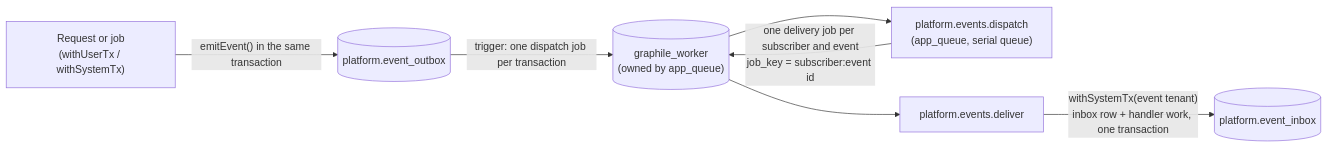
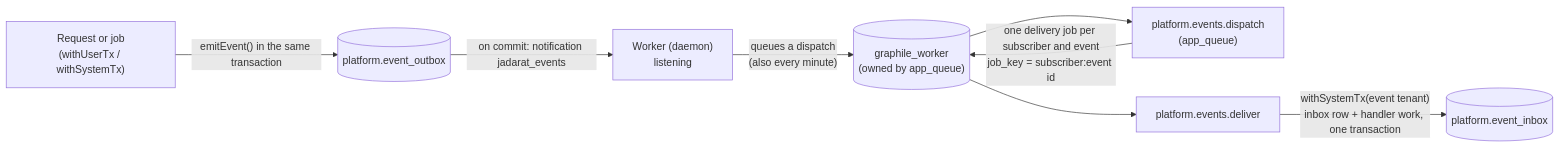
One commit to mohima90/entlaqa-tms changed the diagram in docs/engineering/background-jobs.md. Above: the diagram before and after it, drawn with Mermaid. The commit also changed other lines of this file and 30 other files, not shown here.

````diff
--- a/docs/engineering/background-jobs.md
+++ b/docs/engineering/background-jobs.md
@@ -11,9 +11,10 @@
 ```mermaid
 flowchart LR
   A["Request or job<br/>(withUserTx / withSystemTx)"] -- "emitEvent() in the same transaction" --> O[("platform.event_outbox")]
-  O -- "trigger: one dispatch job per transaction" --> Q[("graphile_worker<br/>(owned by app_queue)")]
-  Q --> D["platform.events.dispatch<br/>(app_queue, serial queue)"]
+  O -- "on commit: notification jadarat_events" --> W["Worker (daemon)<br/>listening"]
+  W -- "queues a dispatch<br/>(also every minute)" --> Q[("graphile_worker<br/>(owned by app_queue)")]
+  Q --> D["platform.events.dispatch<br/>(app_queue)"]
   D -- "one delivery job per subscriber and event<br/>job_key = subscriber:event id" --> Q
   Q --> V["platform.events.deliver"]
   V -- "withSystemTx(event tenant)<br/>inbox row + handler work, one transaction" --> I[("platform.event_inbox")]
 ```
````
